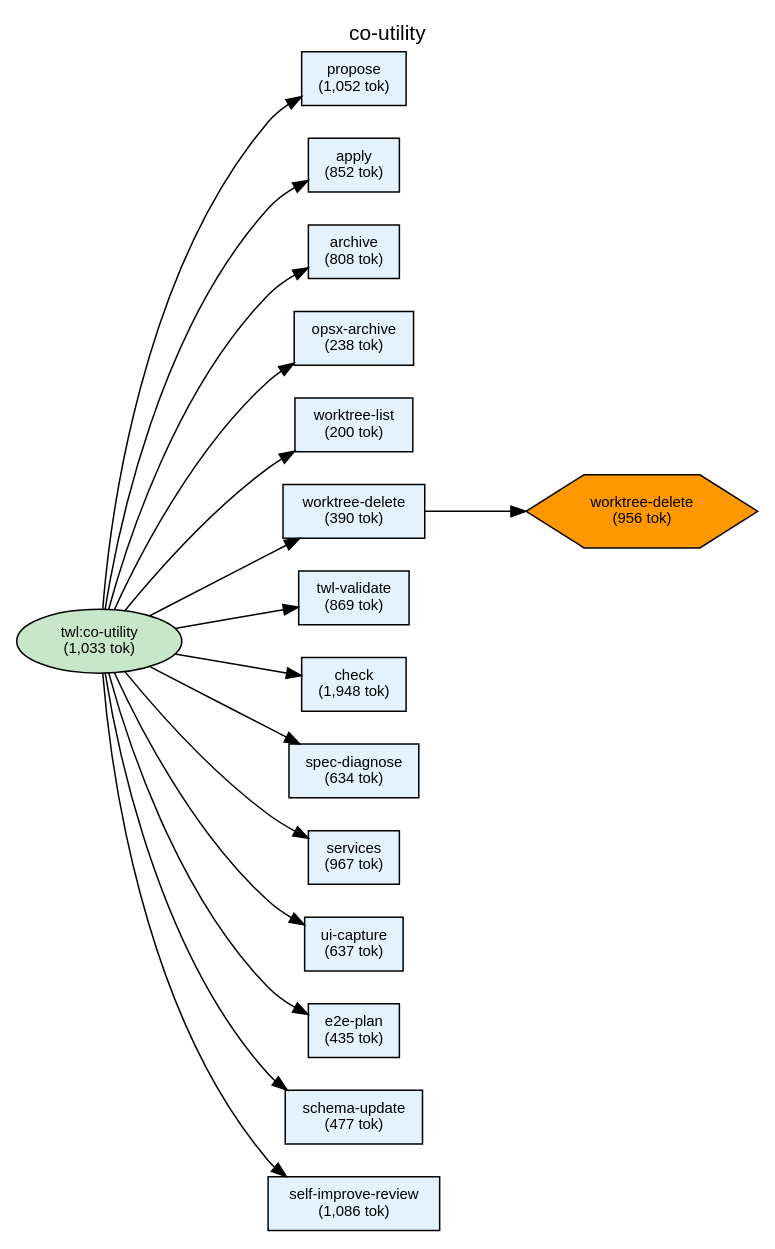
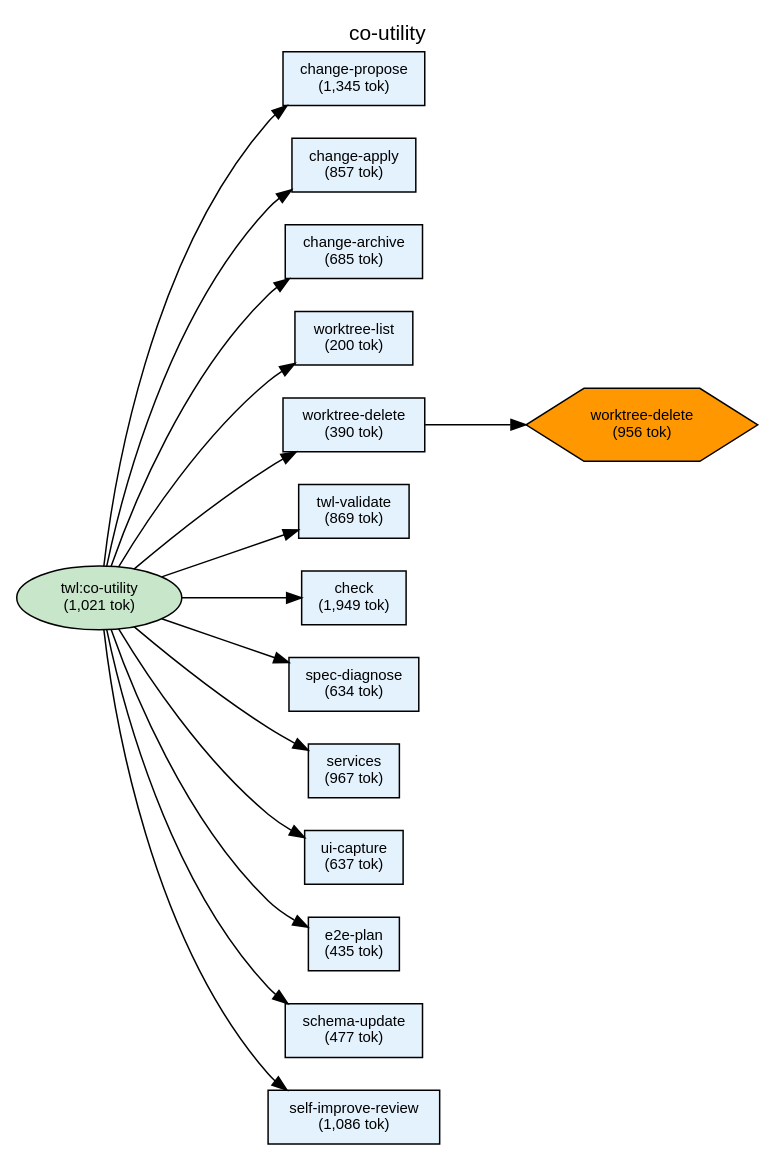
Before and after one commit to shuu5/twill: the diagram in plugins/twl/docs/deps-co-utility.dot, drawn with Graphviz. The commit also changed 39 other files, not shown here.

First line of the commit message:
feat(twl): OpenSpecコマンドrename opsx-* → change-* 統合 + archive workflow統合

```diff
--- a/plugins/twl/docs/deps-co-utility.dot
+++ b/plugins/twl/docs/deps-co-utility.dot
@@ -1,85 +1,83 @@
 digraph Dependencies {
     // Graph settings
     rankdir=LR;
     ranksep=0.8;
     nodesep=0.3;
     fontname="Helvetica";
     node [fontname="Helvetica", fontsize=10];
     edge [fontname="Helvetica", fontsize=9];
     label="co-utility";
     labelloc=t;
     fontsize=14;
 
     // L0: Controller Skills
-    skill_co_utility [label="twl:co-utility\n(1,033 tok)", shape=ellipse, style=filled, fillcolor="#c8e6c9"];
+    skill_co_utility [label="twl:co-utility\n(1,021 tok)", shape=ellipse, style=filled, fillcolor="#c8e6c9"];
 
     // L0: Launchers
 
     // L0.5: Workflow Skills
 
     // Reference Skills
 
     // L1: Direct Commands
     cmd_self_improve_review [label="self-improve-review\n(1,086 tok)", shape=box, style=filled, fillcolor="#e3f2fd"];
     cmd_worktree_list [label="worktree-list\n(200 tok)", shape=box, style=filled, fillcolor="#e3f2fd"];
-    cmd_opsx_archive [label="opsx-archive\n(238 tok)", shape=box, style=filled, fillcolor="#e3f2fd"];
-    cmd_propose [label="propose\n(1,052 tok)", shape=box, style=filled, fillcolor="#e3f2fd"];
-    cmd_apply [label="apply\n(852 tok)", shape=box, style=filled, fillcolor="#e3f2fd"];
-    cmd_archive [label="archive\n(808 tok)", shape=box, style=filled, fillcolor="#e3f2fd"];
-    cmd_check [label="check\n(1,948 tok)", shape=box, style=filled, fillcolor="#e3f2fd"];
+    cmd_change_propose [label="change-propose\n(1,345 tok)", shape=box, style=filled, fillcolor="#e3f2fd"];
+    cmd_change_apply [label="change-apply\n(857 tok)", shape=box, style=filled, fillcolor="#e3f2fd"];
+    cmd_change_archive [label="change-archive\n(685 tok)", shape=box, style=filled, fillcolor="#e3f2fd"];
+    cmd_check [label="check\n(1,949 tok)", shape=box, style=filled, fillcolor="#e3f2fd"];
     cmd_twl_validate [label="twl-validate\n(869 tok)", shape=box, style=filled, fillcolor="#e3f2fd"];
     cmd_services [label="services\n(967 tok)", shape=box, style=filled, fillcolor="#e3f2fd"];
     cmd_ui_capture [label="ui-capture\n(637 tok)", shape=box, style=filled, fillcolor="#e3f2fd"];
     cmd_e2e_plan [label="e2e-plan\n(435 tok)", shape=box, style=filled, fillcolor="#e3f2fd"];
     cmd_worktree_delete [label="worktree-delete\n(390 tok)", shape=box, style=filled, fillcolor="#e3f2fd"];
     cmd_schema_update [label="schema-update\n(477 tok)", shape=box, style=filled, fillcolor="#e3f2fd"];
     cmd_spec_diagnose [label="spec-diagnose\n(634 tok)", shape=box, style=filled, fillcolor="#e3f2fd"];
 
     // L2: Sub Commands
 
     // L3: Agents
 
     // L3.5: Scripts
     script_worktree_delete [label="worktree-delete\n(956 tok)", shape=hexagon, style=filled, fillcolor="#FF9800"];
 
     // L4: External
 
     // Layer constraints
     { rank=same; skill_co_utility; }
-    { rank=same; cmd_self_improve_review; cmd_worktree_list; cmd_opsx_archive; cmd_propose; cmd_apply; cmd_archive; cmd_check; cmd_twl_validate; cmd_services; cmd_ui_capture; cmd_e2e_plan; cmd_worktree_delete; cmd_schema_update; cmd_spec_diagnose; }
+    { rank=same; cmd_self_improve_review; cmd_worktree_list; cmd_change_propose; cmd_change_apply; cmd_change_archive; cmd_check; cmd_twl_validate; cmd_services; cmd_ui_capture; cmd_e2e_plan; cmd_worktree_delete; cmd_schema_update; cmd_spec_diagnose; }
     { rank=same; script_worktree_delete; }
 
     // Edges
-    skill_co_utility -> cmd_propose;
-    skill_co_utility -> cmd_apply;
-    skill_co_utility -> cmd_archive;
-    skill_co_utility -> cmd_opsx_archive;
+    skill_co_utility -> cmd_change_propose;
+    skill_co_utility -> cmd_change_apply;
+    skill_co_utility -> cmd_change_archive;
     skill_co_utility -> cmd_worktree_list;
     skill_co_utility -> cmd_worktree_delete;
     skill_co_utility -> cmd_twl_validate;
     skill_co_utility -> cmd_check;
     skill_co_utility -> cmd_spec_diagnose;
     skill_co_utility -> cmd_services;
     skill_co_utility -> cmd_ui_capture;
     skill_co_utility -> cmd_e2e_plan;
     skill_co_utility -> cmd_schema_update;
     skill_co_utility -> cmd_self_improve_review;
     cmd_worktree_delete -> script_worktree_delete;
 
     // Ordering constraints (invisible edges)
-    cmd_propose -> cmd_apply [style=invis, weight=10];
-    cmd_apply -> cmd_archive [style=invis, weight=10];
-    cmd_archive -> cmd_opsx_archive [style=invis, weight=10];
-    cmd_opsx_archive -> cmd_worktree_list [style=invis, weight=10];
+    cmd_change_propose -> cmd_change_apply [style=invis, weight=10];
+    cmd_change_apply -> cmd_change_archive [style=invis, weight=10];
+    cmd_change_archive -> cmd_worktree_list [style=invis, weight=10];
     cmd_worktree_list -> cmd_worktree_delete [style=invis, weight=10];
     cmd_worktree_delete -> cmd_twl_validate [style=invis, weight=10];
     cmd_twl_validate -> cmd_check [style=invis, weight=10];
     cmd_check -> cmd_spec_diagnose [style=invis, weight=10];
     cmd_spec_diagnose -> cmd_services [style=invis, weight=10];
     cmd_services -> cmd_ui_capture [style=invis, weight=10];
     cmd_ui_capture -> cmd_e2e_plan [style=invis, weight=10];
     cmd_e2e_plan -> cmd_schema_update [style=invis, weight=10];
     cmd_schema_update -> cmd_self_improve_review [style=invis, weight=10];
+    cmd_change_apply -> cmd_check [style=invis, weight=10];
     cmd_check -> cmd_e2e_plan [style=invis, weight=10];
 
 }
```
